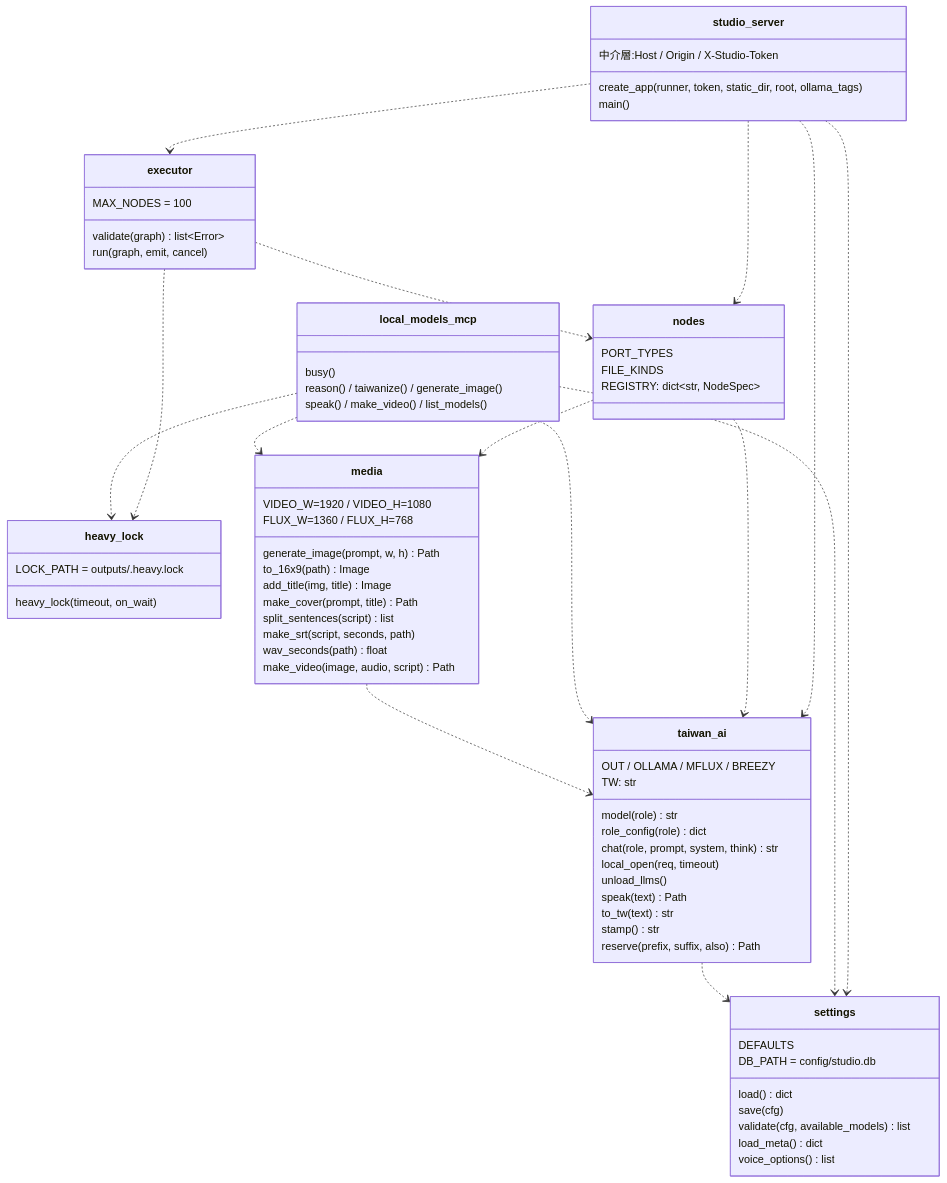
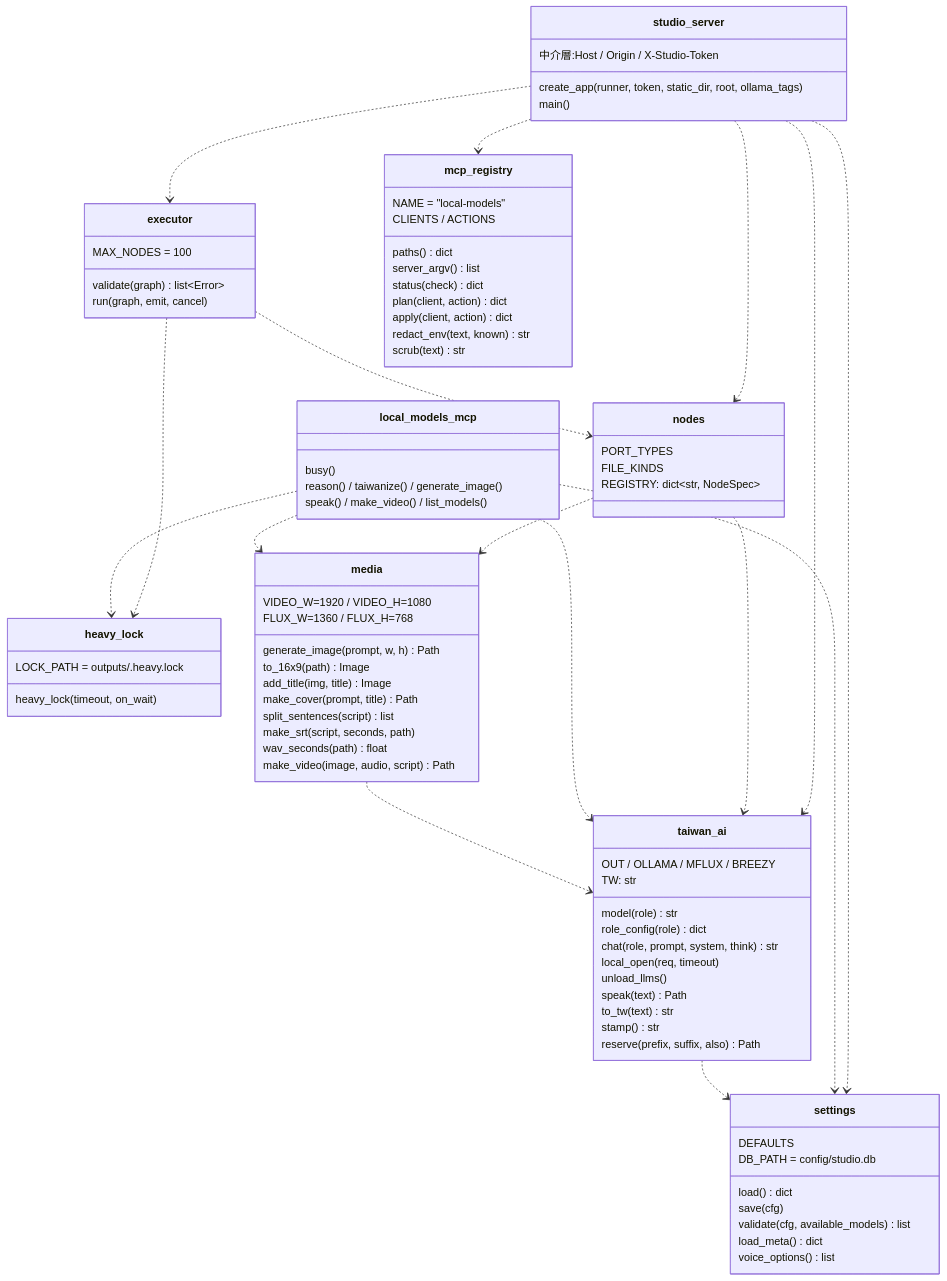
Before and after one commit to kamira/podcast-studio: the diagram in docs/structure/design.md, drawn with Mermaid. The commit also changed other lines of this file and 20 other files, not shown here.

```diff
--- a/docs/structure/design.md
+++ b/docs/structure/design.md
@@ -107,7 +110,19 @@
     reason() / taiwanize() / generate_image()
     speak() / make_video() / list_models()
   }
+  class mcp_registry {
+    NAME = "local-models"
+    CLIENTS / ACTIONS
+    paths() dict
+    server_argv() list
+    status(check) dict
+    plan(client, action) dict
+    apply(client, action) dict
+    redact_env(text, known) str
+    scrub(text) str
+  }
   studio_server ..> executor
+  studio_server ..> mcp_registry
   studio_server ..> nodes
   studio_server ..> settings
   studio_server ..> taiwan_ai
```
